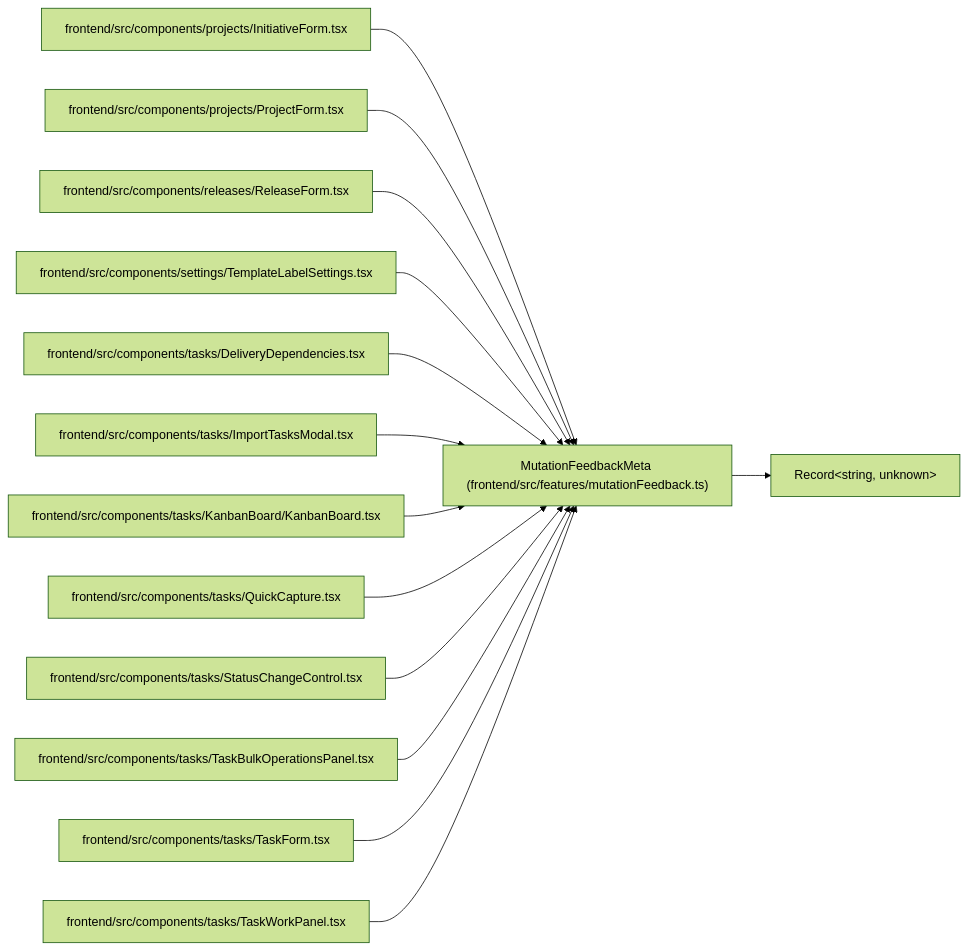
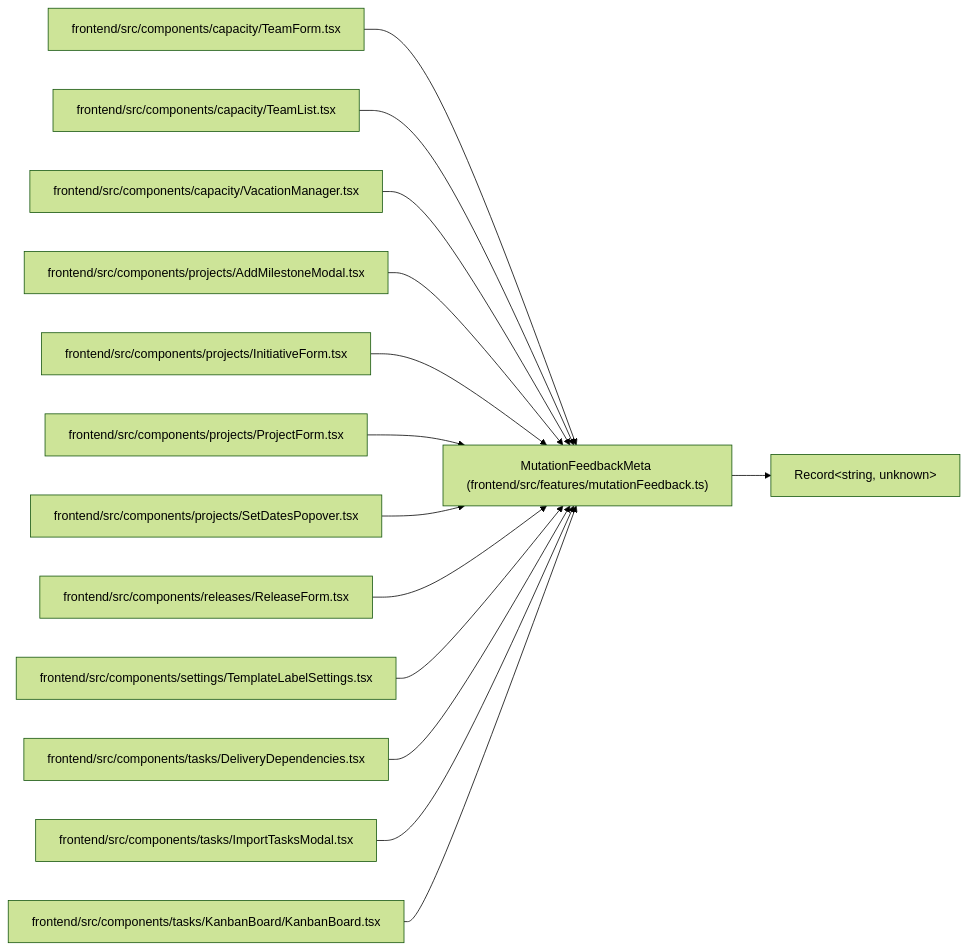
Before and after one commit to Denissvgn/WorkChord: the diagram in docs/llm_wiki/entities/MutationFeedbackMeta.md, drawn with Mermaid (forest theme). The commit also changed other lines of this file and 2373 other files, not shown here.

````diff
--- a/docs/llm_wiki/entities/MutationFeedbackMeta.md
+++ b/docs/llm_wiki/entities/MutationFeedbackMeta.md
@@ -28,43 +28,43 @@
 ```mermaid
 flowchart LR
     n0["MutationFeedbackMeta (frontend/src/features/mutationFeedback.ts)"]
     n1["Record#60;string, unknown#62;"]
-    n2["frontend/src/components/projects/InitiativeForm.tsx"]
-    n3["frontend/src/components/projects/ProjectForm.tsx"]
-    n4["frontend/src/components/releases/ReleaseForm.tsx"]
-    n5["frontend/src/components/settings/TemplateLabelSettings.tsx"]
-    n6["frontend/src/components/tasks/DeliveryDependencies.tsx"]
-    n7["frontend/src/components/tasks/ImportTasksModal.tsx"]
-    n8["frontend/src/components/tasks/KanbanBoard/KanbanBoard.tsx"]
-    n9["frontend/src/components/tasks/QuickCapture.tsx"]
-    n10["frontend/src/components/tasks/StatusChangeControl.tsx"]
-    n11["frontend/src/components/tasks/TaskBulkOperationsPanel.tsx"]
-    n12["frontend/src/components/tasks/TaskForm.tsx"]
-    n13["frontend/src/components/tasks/TaskWorkPanel.tsx"]
+    n2["frontend/src/components/capacity/TeamForm.tsx"]
+    n3["frontend/src/components/capacity/TeamList.tsx"]
+    n4["frontend/src/components/capacity/VacationManager.tsx"]
+    n5["frontend/src/components/projects/AddMilestoneModal.tsx"]
+    n6["frontend/src/components/projects/InitiativeForm.tsx"]
+    n7["frontend/src/components/projects/ProjectForm.tsx"]
+    n8["frontend/src/components/projects/SetDatesPopover.tsx"]
+    n9["frontend/src/components/releases/ReleaseForm.tsx"]
+    n10["frontend/src/components/settings/TemplateLabelSettings.tsx"]
+    n11["frontend/src/components/tasks/DeliveryDependencies.tsx"]
+    n12["frontend/src/components/tasks/ImportTasksModal.tsx"]
+    n13["frontend/src/components/tasks/KanbanBoard/KanbanBoard.tsx"]
     n0 --> n1
     n2 --> n0
     n3 --> n0
     n4 --> n0
     n5 --> n0
     n6 --> n0
     n7 --> n0
     n8 --> n0
     n9 --> n0
     n10 --> n0
     n11 --> n0
     n12 --> n0
     n13 --> n0
     click n0 "../modules/mutationFeedback.md"
-    click n2 "../modules/InitiativeForm.md"
-    click n3 "../modules/ProjectForm.md"
-    click n4 "../modules/ReleaseForm.md"
-    click n5 "../modules/TemplateLabelSettings.md"
-    click n6 "../modules/DeliveryDependencies.md"
-    click n7 "../modules/ImportTasksModal.md"
-    click n8 "../modules/KanbanBoard.md"
-    click n9 "../modules/QuickCapture.md"
-    click n10 "../modules/StatusChangeControl.md"
-    click n11 "../modules/TaskBulkOperationsPanel.md"
-    click n12 "../modules/TaskForm.md"
-    click n13 "../modules/TaskWorkPanel.md"
+    click n2 "../modules/TeamForm.md"
+    click n3 "../modules/TeamList.md"
+    click n4 "../modules/VacationManager.md"
+    click n5 "../modules/AddMilestoneModal.md"
+    click n6 "../modules/InitiativeForm.md"
+    click n7 "../modules/ProjectForm.md"
+    click n8 "../modules/SetDatesPopover.md"
+    click n9 "../modules/ReleaseForm.md"
+    click n10 "../modules/TemplateLabelSettings.md"
+    click n11 "../modules/DeliveryDependencies.md"
+    click n12 "../modules/ImportTasksModal.md"
+    click n13 "../modules/KanbanBoard.md"
 ```
````
